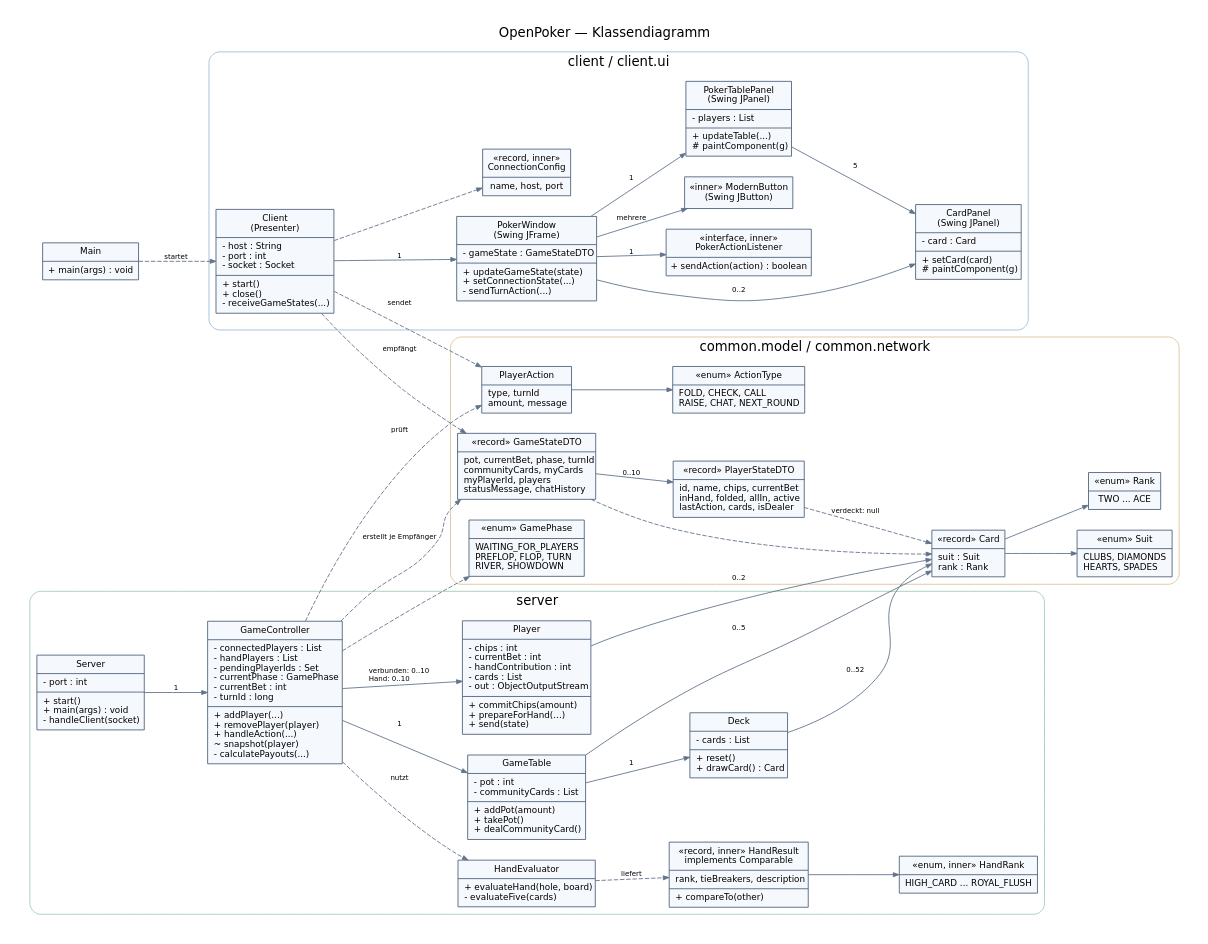
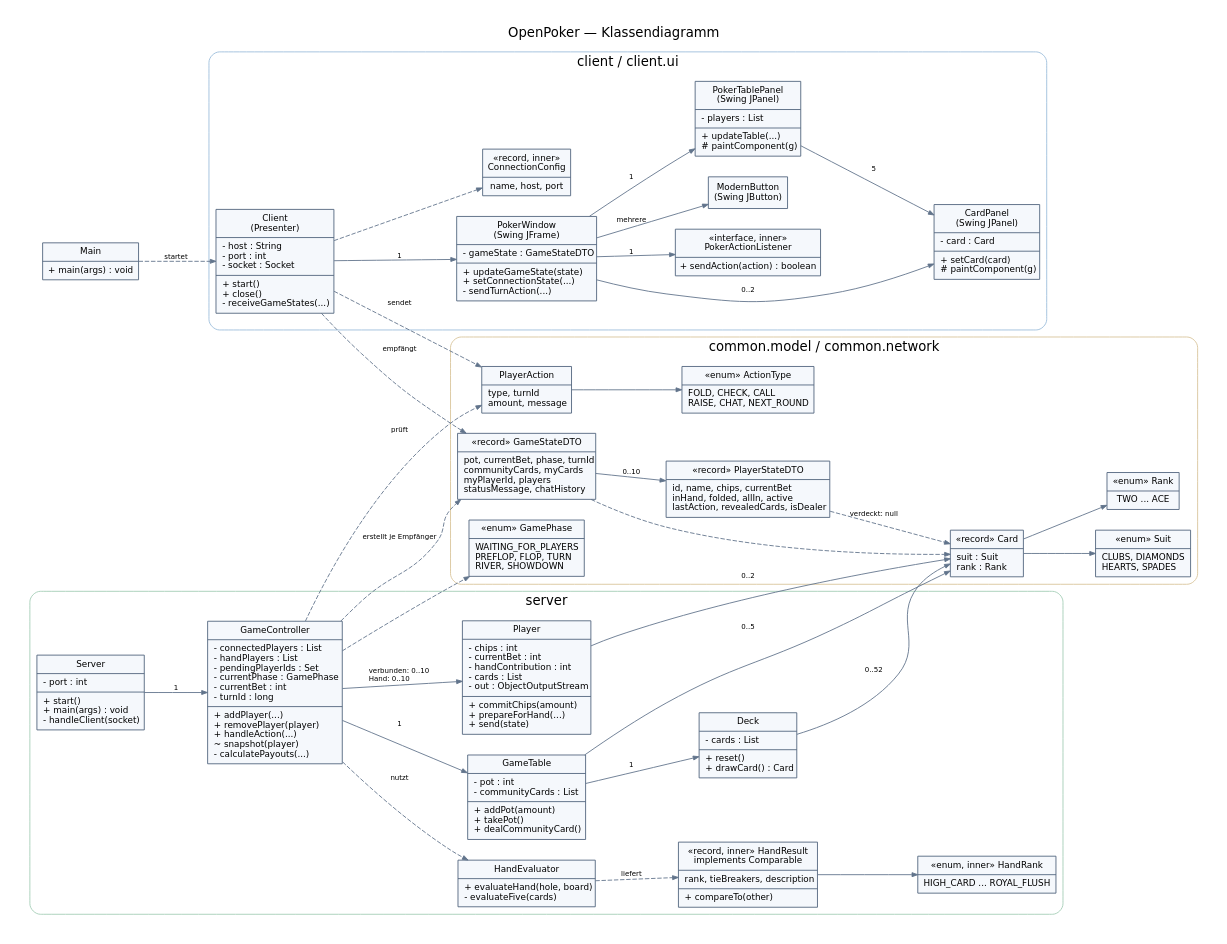
One commit to huhncares-cmd/openpoker changed the diagram in Klassendiagramm.dot. Above: the diagram before and after it, drawn with Graphviz. The commit also changed 13 other files, not shown here.

```diff
--- a/Klassendiagramm.dot
+++ b/Klassendiagramm.dot
@@ -1,71 +1,71 @@
 digraph OpenPoker {
   graph [rankdir=LR, bgcolor="white", fontname="DejaVu Sans", fontsize=15,
          label="OpenPoker — Klassendiagramm",
          labelloc=t, nodesep=0.30, ranksep=0.60, pad=0.25];
   node [shape=record, fontname="DejaVu Sans", fontsize=10, style=filled,
         fillcolor="#f5f8fc", color="#50647d", margin="0.10,0.07"];
   edge [fontname="DejaVu Sans", fontsize=8, color="#61748b", arrowsize=0.65];
 
   Main [label="Main|+ main(args) : void"];
   subgraph cluster_client {
     label="client / client.ui"; color="#9bbedb"; style=rounded;
     Client [label="Client\n(Presenter)|- host : String\l- port : int\l- socket : Socket\l|+ start()\l+ close()\l- receiveGameStates(...)\l"];
     Window [label="PokerWindow\n(Swing JFrame)|- gameState : GameStateDTO\l|+ updateGameState(state)\l+ setConnectionState(...)\l- sendTurnAction(...)\l"];
     TablePanel [label="PokerTablePanel\n(Swing JPanel)|- players : List\l|+ updateTable(...)\l# paintComponent(g)\l"];
     CardPanel [label="CardPanel\n(Swing JPanel)|- card : Card\l|+ setCard(card)\l# paintComponent(g)\l"];
     Listener [label="«interface, inner»\nPokerActionListener|+ sendAction(action) : boolean"];
-    Button [label="«inner» ModernButton\n(Swing JButton)"];
+    Button [label="ModernButton\n(Swing JButton)"];
     Config [label="«record, inner»\nConnectionConfig|name, host, port"];
   }
   subgraph cluster_server {
     label="server"; color="#a3cdb5"; style=rounded;
     Server [label="Server|- port : int\l|+ start()\l+ main(args) : void\l- handleClient(socket)\l"];
     Controller [label="GameController|- connectedPlayers : List\l- handPlayers : List\l- pendingPlayerIds : Set\l- currentPhase : GamePhase\l- currentBet : int\l- turnId : long\l|+ addPlayer(...)\l+ removePlayer(player)\l+ handleAction(...)\l~ snapshot(player)\l- calculatePayouts(...)\l"];
     Player [label="Player|- chips : int\l- currentBet : int\l- handContribution : int\l- cards : List\l- out : ObjectOutputStream\l|+ commitChips(amount)\l+ prepareForHand(...)\l+ send(state)\l"];
     GameTable [label="GameTable|- pot : int\l- communityCards : List\l|+ addPot(amount)\l+ takePot()\l+ dealCommunityCard()\l"];
     Deck [label="Deck|- cards : List\l|+ reset()\l+ drawCard() : Card\l"];
     Evaluator [label="HandEvaluator|+ evaluateHand(hole, board)\l- evaluateFive(cards)\l"];
     Result [label="«record, inner» HandResult\nimplements Comparable|rank, tieBreakers, description\l|+ compareTo(other)\l"];
     HandRank [label="«enum, inner» HandRank|HIGH_CARD ... ROYAL_FLUSH"];
   }
   subgraph cluster_shared {
     label="common.model / common.network"; color="#d9c49a"; style=rounded;
     Card [label="«record» Card|suit : Suit\lrank : Rank\l"];
     Suit [label="«enum» Suit|CLUBS, DIAMONDS\lHEARTS, SPADES\l"];
     Rank [label="«enum» Rank|TWO ... ACE"];
     Phase [label="«enum» GamePhase|WAITING_FOR_PLAYERS\lPREFLOP, FLOP, TURN\lRIVER, SHOWDOWN\l"];
     Action [label="PlayerAction|type, turnId\lamount, message\l"];
     ActionType [label="«enum» ActionType|FOLD, CHECK, CALL\lRAISE, CHAT, NEXT_ROUND\l"];
     State [label="«record» GameStateDTO|pot, currentBet, phase, turnId\lcommunityCards, myCards\lmyPlayerId, players\lstatusMessage, chatHistory\l"];
-    PlayerState [label="«record» PlayerStateDTO|id, name, chips, currentBet\linHand, folded, allIn, active\llastAction, cards, isDealer\l"];
+    PlayerState [label="«record» PlayerStateDTO|id, name, chips, currentBet\linHand, folded, allIn, active\llastAction, revealedCards, isDealer\l"];
   }
   Main -> Client [style=dashed, label="startet"];
   Client -> Window [label="1"];
   Client -> Config [style=dashed];
   Window -> TablePanel [label="1"];
   Window -> CardPanel [label="0..2"];
   Window -> Listener [label="1"];
   Window -> Button [label="mehrere"];
   TablePanel -> CardPanel [label="5"];
   Client -> Action [style=dashed, label="sendet"];
   Client -> State [style=dashed, label="empfängt"];
   Server -> Controller [label="1"];
   Controller -> Player [label="verbunden: 0..10\lHand: 0..10\l"];
   Controller -> GameTable [label="1"];
   GameTable -> Deck [label="1"];
   Controller -> Evaluator [style=dashed, label="nutzt"];
   Controller -> Phase [style=dashed];
   Controller -> State [style=dashed, label="erstellt je Empfänger"];
   Controller -> Action [style=dashed, label="prüft"];
   Evaluator -> Result [style=dashed, label="liefert"];
   Result -> HandRank;
   Player -> Card [label="0..2"];
   GameTable -> Card [label="0..5"];
   Deck -> Card [label="0..52"];
   Card -> Suit;
   Card -> Rank;
   Action -> ActionType;
   State -> PlayerState [label="0..10"];
   State -> Card [style=dashed];
   PlayerState -> Card [style=dashed, label="verdeckt: null"];
 }
```
